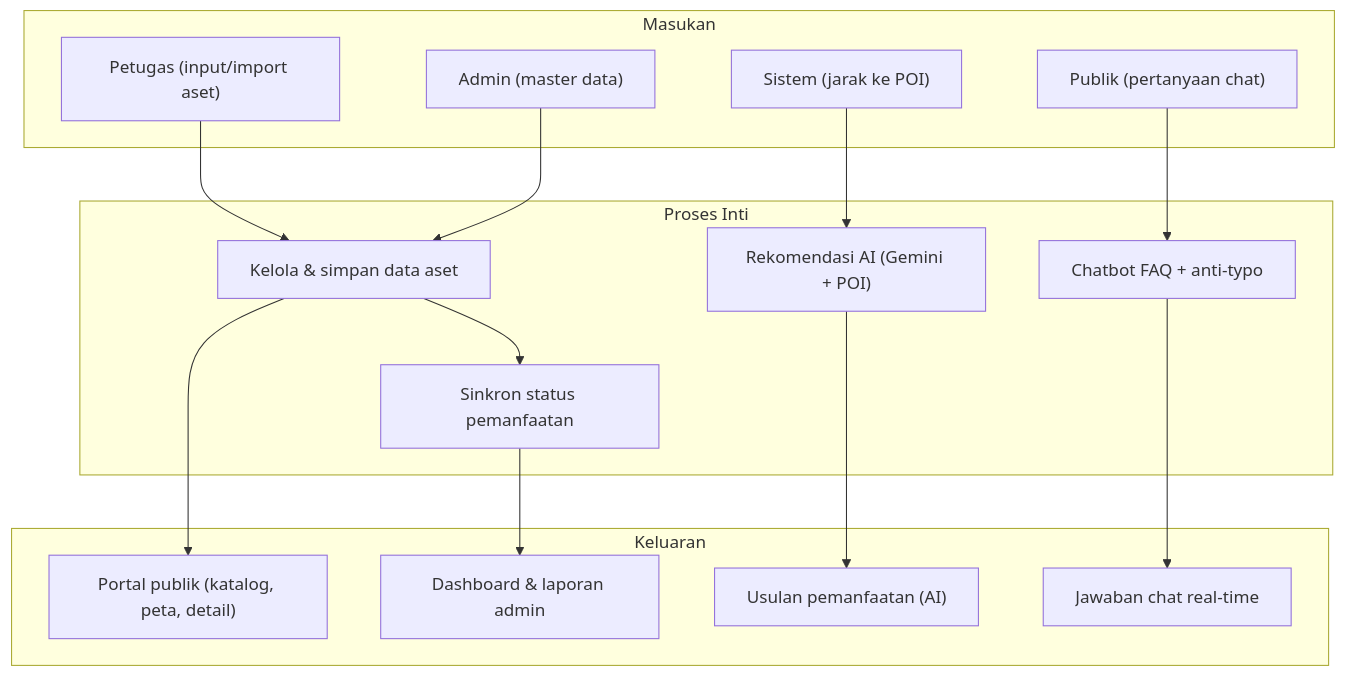
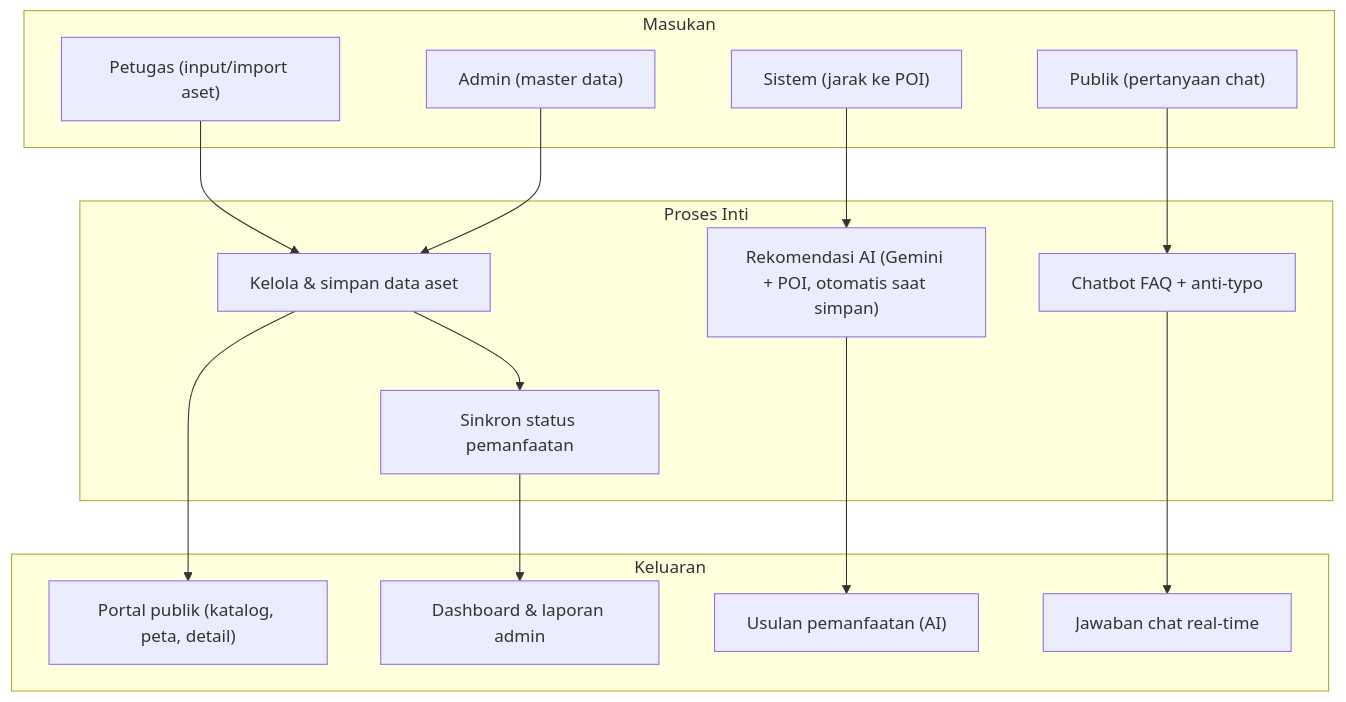
The seventh of 7 diagrams in docs/client/04-data-flow.md (andresitorus-afk/peset_pemko), drawn with Mermaid before and after one commit. The commit also changed other lines of this file and 13 other files, not shown here.

Commit message:
feat: auto-generate rekomendasi AI saat simpan/update aset + landing accordion transisi + update docs client

````diff
--- a/docs/client/04-data-flow.md
+++ b/docs/client/04-data-flow.md
@@ -204,33 +213,33 @@
 ```mermaid
 flowchart TB
     subgraph Input["Masukan"]
         I1["Petugas (input/import aset)"]
         I2["Admin (master data)"]
         I3["Publik (pertanyaan chat)"]
         I4["Sistem (jarak ke POI)"]
     end
 
     subgraph Proses["Proses Inti"]
         P1["Kelola & simpan data aset"]
         P2["Sinkron status pemanfaatan"]
-        P3["Rekomendasi AI (Gemini + POI)"]
+        P3["Rekomendasi AI (Gemini + POI, otomatis saat simpan)"]
         P4["Chatbot FAQ + anti-typo"]
     end
 
     subgraph Output["Keluaran"]
         O1["Portal publik (katalog, peta, detail)"]
         O2["Dashboard & laporan admin"]
         O3["Usulan pemanfaatan (AI)"]
         O4["Jawaban chat real-time"]
     end
 
     I1 --> P1
     I2 --> P1
     P1 --> P2
     P3 --> O3
     I4 --> P3
     I3 --> P4
     P4 --> O4
     P1 --> O1
     P2 --> O2
 ```
````
